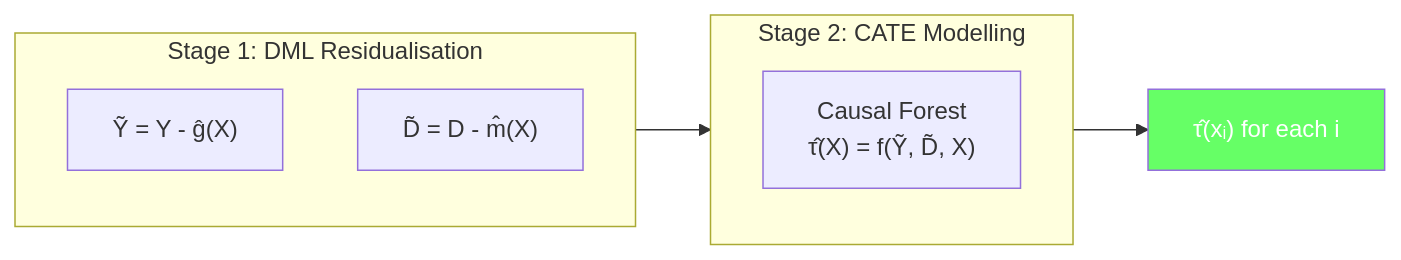
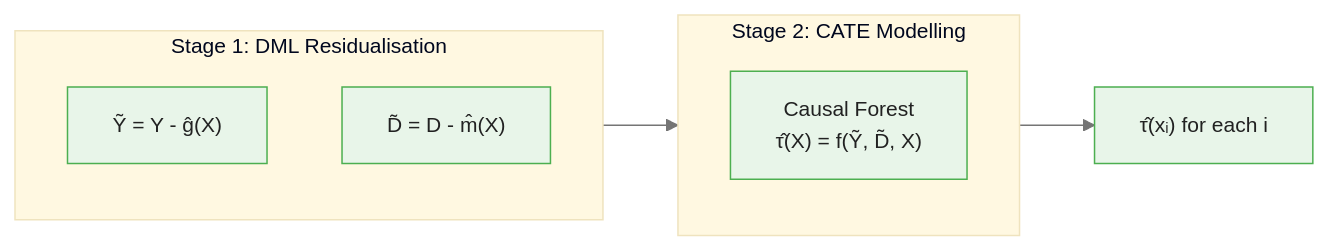
One commit to m-deane/course-creator changed the first of 4 diagrams in courses/double-machine-learning/modules/module_08_heterogeneous_effects/guides/01_heterogeneous_effects_slides.md. Above: the diagram before and after it, drawn with Mermaid. The commit also changed other lines of this file and 40 other files, not shown here.

````diff
--- a/courses/double-machine-learning/modules/module_08_heterogeneous_effects/guides/01_heterogeneous_effects_slides.md
+++ b/courses/double-machine-learning/modules/module_08_heterogeneous_effects/guides/01_heterogeneous_effects_slides.md
@@ -60,13 +60,13 @@
 ```mermaid
+%%{init: {"theme": "base", "themeVariables": {"primaryColor": "#e8f5e9", "primaryBorderColor": "#4caf50", "primaryTextColor": "#212121", "secondaryColor": "#e3f2fd", "tertiaryColor": "#fff8e1", "lineColor": "#757575", "fontFamily": "Inter, sans-serif", "fontSize": "14px"}}}%%
 flowchart LR
     subgraph Stage1["Stage 1: DML Residualisation"]
         Y_r["Ỹ = Y - ĝ(X)"]
         D_r["D̃ = D - m̂(X)"]
     end
     subgraph Stage2["Stage 2: CATE Modelling"]
         CF["Causal Forest<br/>τ̂(X) = f(Ỹ, D̃, X)"]
     end
     Stage1 --> Stage2
     Stage2 --> CATE["τ̂(xᵢ) for each i"]
-    style CATE fill:#6f6,color:#fff
 ```
````
